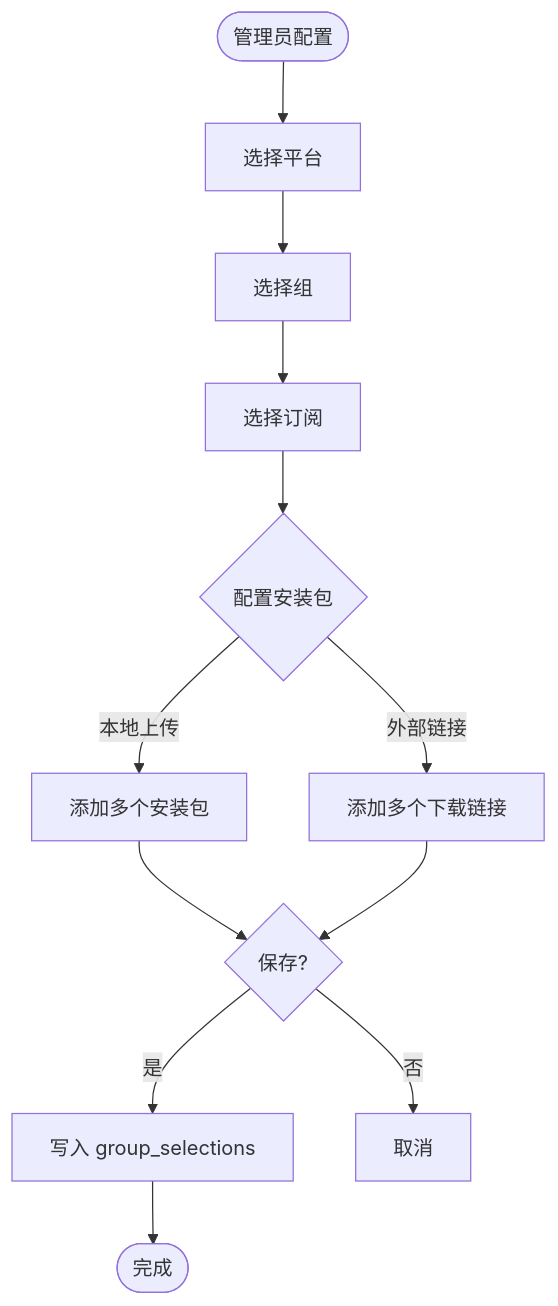
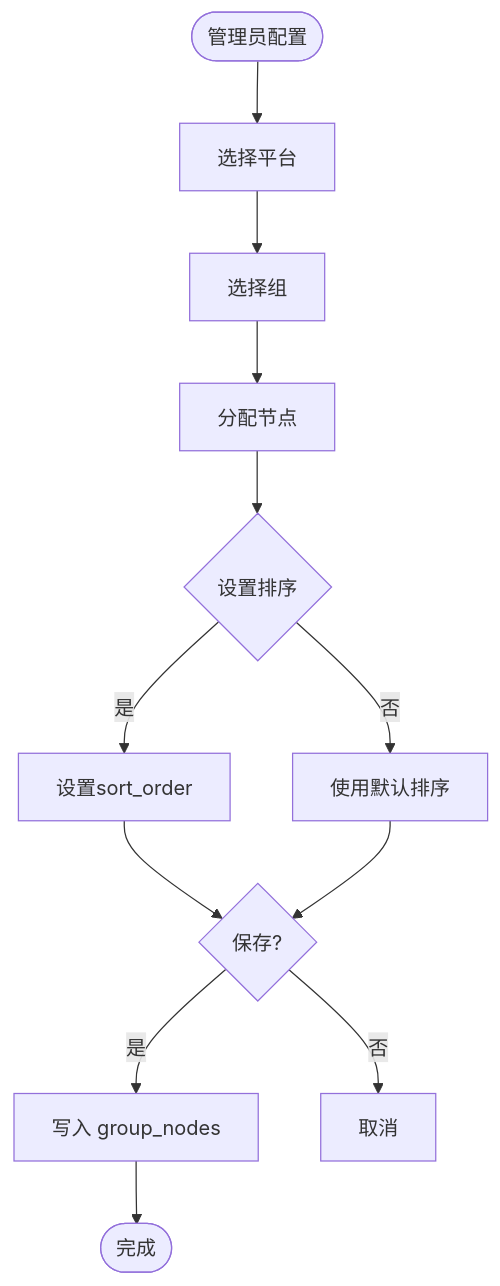
Before and after one commit to AlcaProphet/VPN-Subscription-Management: the fourth of 10 diagrams in .qoder/repowiki/zh/content/数据库设计.md, drawn with Mermaid. The commit also changed other lines of this file and 109 other files, not shown here.

````diff
--- a/.qoder/repowiki/zh/content/数据库设计.md
+++ b/.qoder/repowiki/zh/content/数据库设计.md
@@ -277,14 +354,14 @@
 ```mermaid
 flowchart TD
 Start(["管理员配置"]) --> P["选择平台"]
 P --> G["选择组"]
-G --> S["选择订阅"]
-S --> I{"配置安装包"}
-I --> |本地上传| M["添加多个安装包"]
-I --> |外部链接| N["添加多个下载链接"]
-M --> Save{"保存?"}
-N --> Save
-Save --> |是| Commit["写入 group_selections"]
+G --> N["分配节点"]
+N --> O{"设置排序"}
+O --> |是| S["设置sort_order"]
+O --> |否| T["使用默认排序"]
+S --> Save{"保存?"}
+T --> Save
+Save --> |是| Commit["写入 group_nodes"]
 Save --> |否| Cancel["取消"]
 Commit --> End(["完成"])
 ```
````
